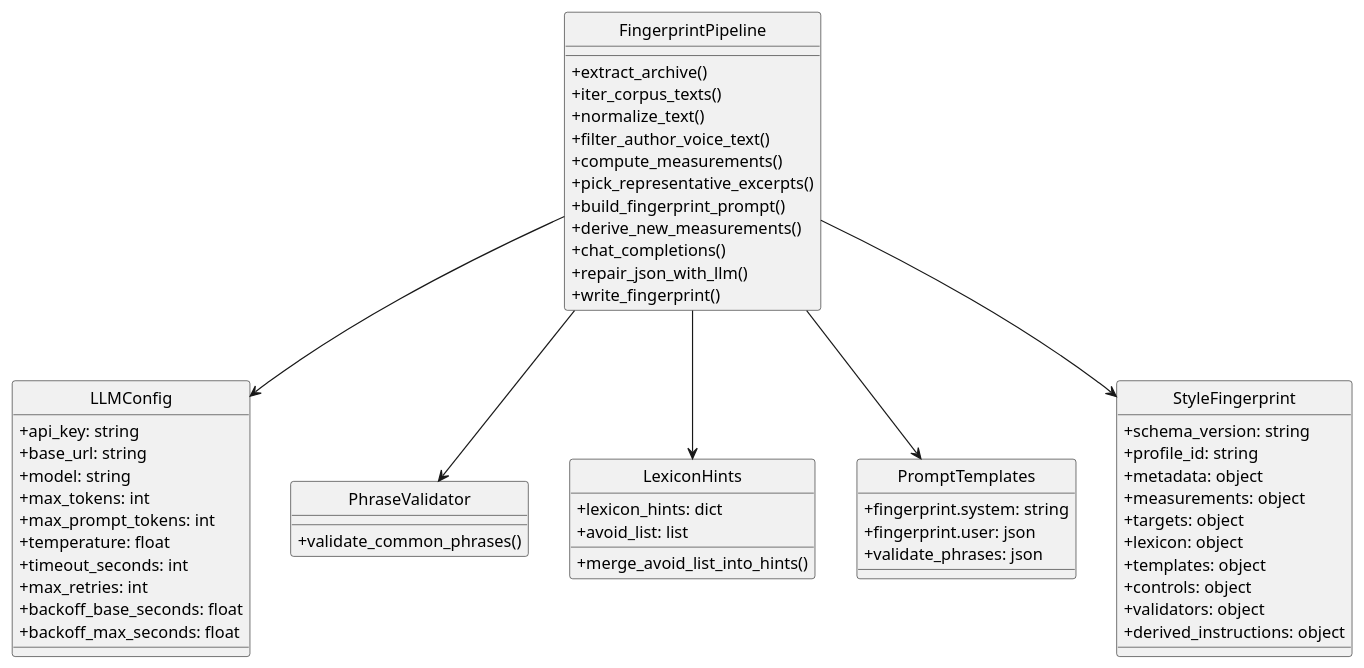
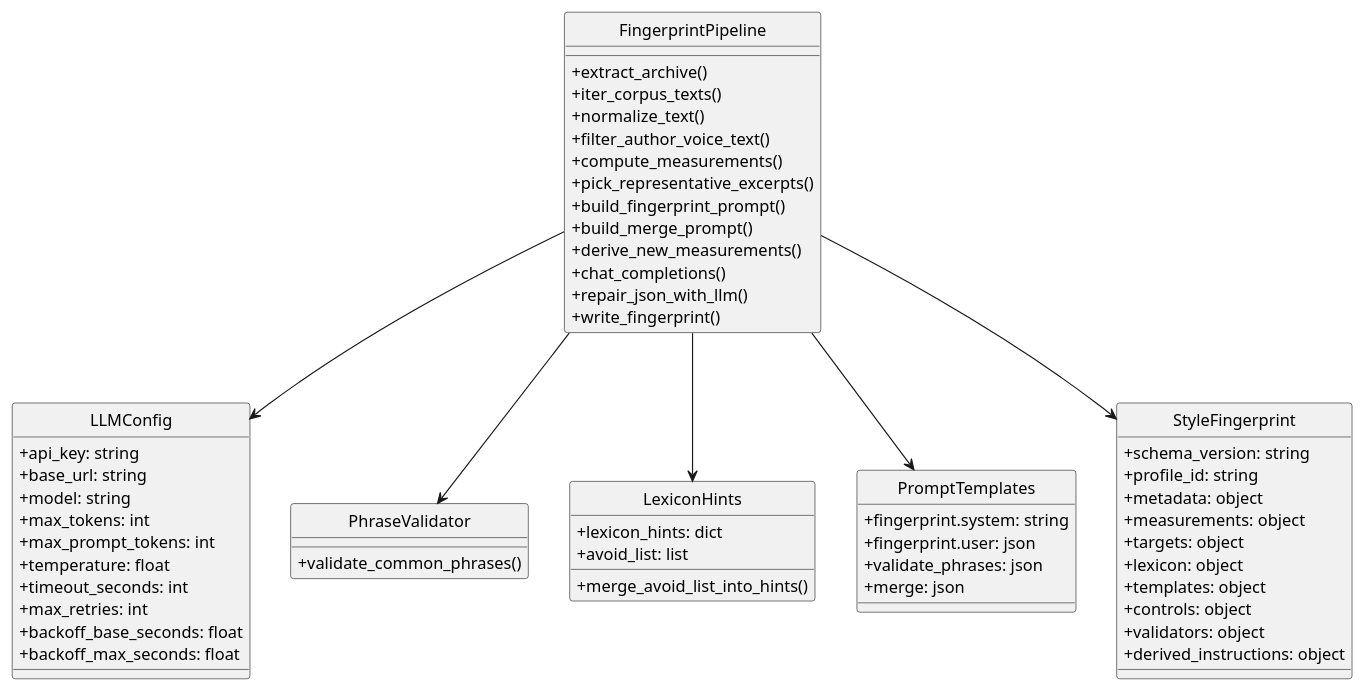
One commit to ngpepin/stylometric-transfer changed the first of 3 diagrams in UML-Fingerprint.md. Above: the diagram before and after it, drawn with PlantUML. The commit also changed other lines of this file and 7 other files, not shown here.

````diff
--- a/UML-Fingerprint.md
+++ b/UML-Fingerprint.md
@@ -7,68 +7,70 @@
 ```plantuml
 @startuml
 skinparam style strictuml
 skinparam classAttributeIconSize 0
 
 class LLMConfig {
   +api_key: string
   +base_url: string
   +model: string
   +max_tokens: int
   +max_prompt_tokens: int
   +temperature: float
   +timeout_seconds: int
   +max_retries: int
   +backoff_base_seconds: float
   +backoff_max_seconds: float
 }
 
 class FingerprintPipeline {
   +extract_archive()
   +iter_corpus_texts()
   +normalize_text()
   +filter_author_voice_text()
   +compute_measurements()
   +pick_representative_excerpts()
   +build_fingerprint_prompt()
+  +build_merge_prompt()
   +derive_new_measurements()
   +chat_completions()
   +repair_json_with_llm()
   +write_fingerprint()
 }
 
 class PhraseValidator {
   +validate_common_phrases()
 }
 
 class LexiconHints {
   +lexicon_hints: dict
   +avoid_list: list
   +merge_avoid_list_into_hints()
 }
 
 class PromptTemplates {
   +fingerprint.system: string
   +fingerprint.user: json
   +validate_phrases: json
+  +merge: json
 }
 
 class StyleFingerprint {
   +schema_version: string
   +profile_id: string
   +metadata: object
   +measurements: object
   +targets: object
   +lexicon: object
   +templates: object
   +controls: object
   +validators: object
   +derived_instructions: object
 }
 
 FingerprintPipeline --> LLMConfig
 FingerprintPipeline --> PromptTemplates
 FingerprintPipeline --> PhraseValidator
 FingerprintPipeline --> LexiconHints
 FingerprintPipeline --> StyleFingerprint
 @enduml
 ```
````
